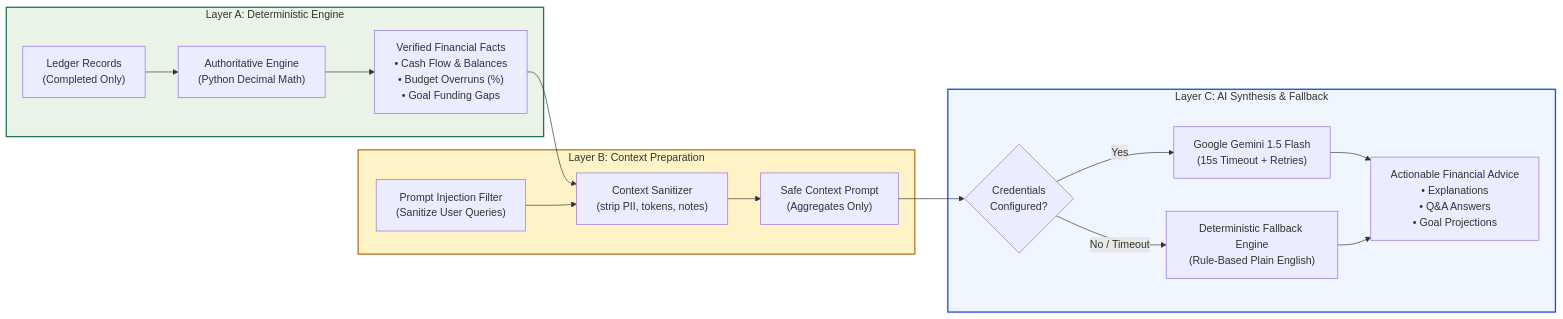
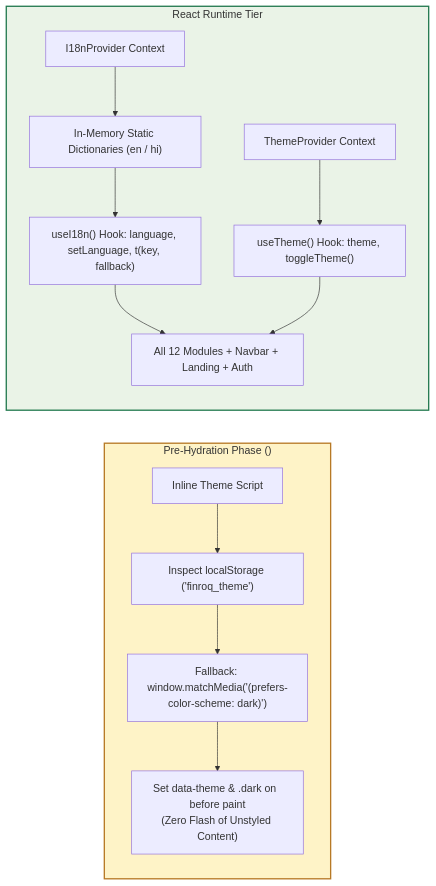
Before and after one commit to nikhillakra2007-tech/finroq: the fourth of 4 diagrams in README.md, drawn with Mermaid. The commit also changed other lines of this file and 5 other files, not shown here.

Commit message:
DOCS: ARCHITECTURAL REDESIGN WITH MERMAID FLOWCHARTS, PRODUCTION VERCEL TELEMETRY EXHIBITS, AND 12-MODULE DATA PIPELINE SPECIFICATIONS

````diff
--- a/README.md
+++ b/README.md
@@ -166,25 +244,20 @@
 ```mermaid
 flowchart LR
-    subgraph LAYER_A["Layer A: Deterministic Engine"]
-        RAW_TXN["Ledger Records\n(Completed Only)"] --> CALC["Authoritative Engine\n(Python Decimal Math)"]
-        CALC --> FACTS["Verified Financial Facts\n• Cash Flow & Balances\n• Budget Overruns (%)\n• Goal Funding Gaps"]
+    subgraph PRE_HYDRATION["Pre-Hydration Phase (<head>)"]
+        SCRIPT["Inline Theme Script"] --> LOCAL_STORAGE["Inspect localStorage ('finroq_theme')"]
+        LOCAL_STORAGE --> OS_PREF["Fallback: window.matchMedia('(prefers-color-scheme: dark)')"]
+        OS_PREF --> APPLY_ATTR["Set data-theme & .dark on <html> before paint\n(Zero Flash of Unstyled Content)"]
     end
 
-    subgraph LAYER_B["Layer B: Context Preparation"]
-        FACTS --> SANITIZE["Context Sanitizer\n(strip PII, tokens, notes)"]
-        INJECT_GUARD["Prompt Injection Filter\n(Sanitize User Queries)"] --> SANITIZE
-        SANITIZE --> PAYLOAD["Safe Context Prompt\n(Aggregates Only)"]
+    subgraph RUNTIME["React Runtime Tier"]
+        I18N_CTX["I18nProvider Context"] --> DICT["In-Memory Static Dictionaries (en / hi)"]
+        DICT --> HOOK["useI18n() Hook: language, setLanguage, t(key, fallback)"]
+        HOOK --> ALL_VIEWS["All 12 Modules + Navbar + Landing + Auth"]
+        
+        THEME_CTX["ThemeProvider Context"] --> THEME_HOOK["useTheme() Hook: theme, toggleTheme()"]
+        THEME_HOOK --> ALL_VIEWS
     end
 
-    subgraph LAYER_C["Layer C: AI Synthesis & Fallback"]
-        PAYLOAD --> CHECK{Credentials\nConfigured?}
-        CHECK -- Yes --> GEMINI_CALL["Google Gemini 1.5 Flash\n(15s Timeout + Retries)"]
-        CHECK -- No / Timeout --> FALLBACK["Deterministic Fallback Engine\n(Rule-Based Plain English)"]
-        GEMINI_CALL --> OUT["Actionable Financial Advice\n• Explanations\n• Q&A Answers\n• Goal Projections"]
-        FALLBACK --> OUT
-    end
-
-    style LAYER_A fill:#EAF3E7,stroke:#247A50,stroke-width:2px;
-    style LAYER_B fill:#FEF3C7,stroke:#B77925,stroke-width:2px;
-    style LAYER_C fill:#EFF6FF,stroke:#1D4ED8,stroke-width:2px;
+    style PRE_HYDRATION fill:#FEF3C7,stroke:#B77925,stroke-width:2px;
+    style RUNTIME fill:#EAF3E7,stroke:#247A50,stroke-width:2px;
 ```
````
